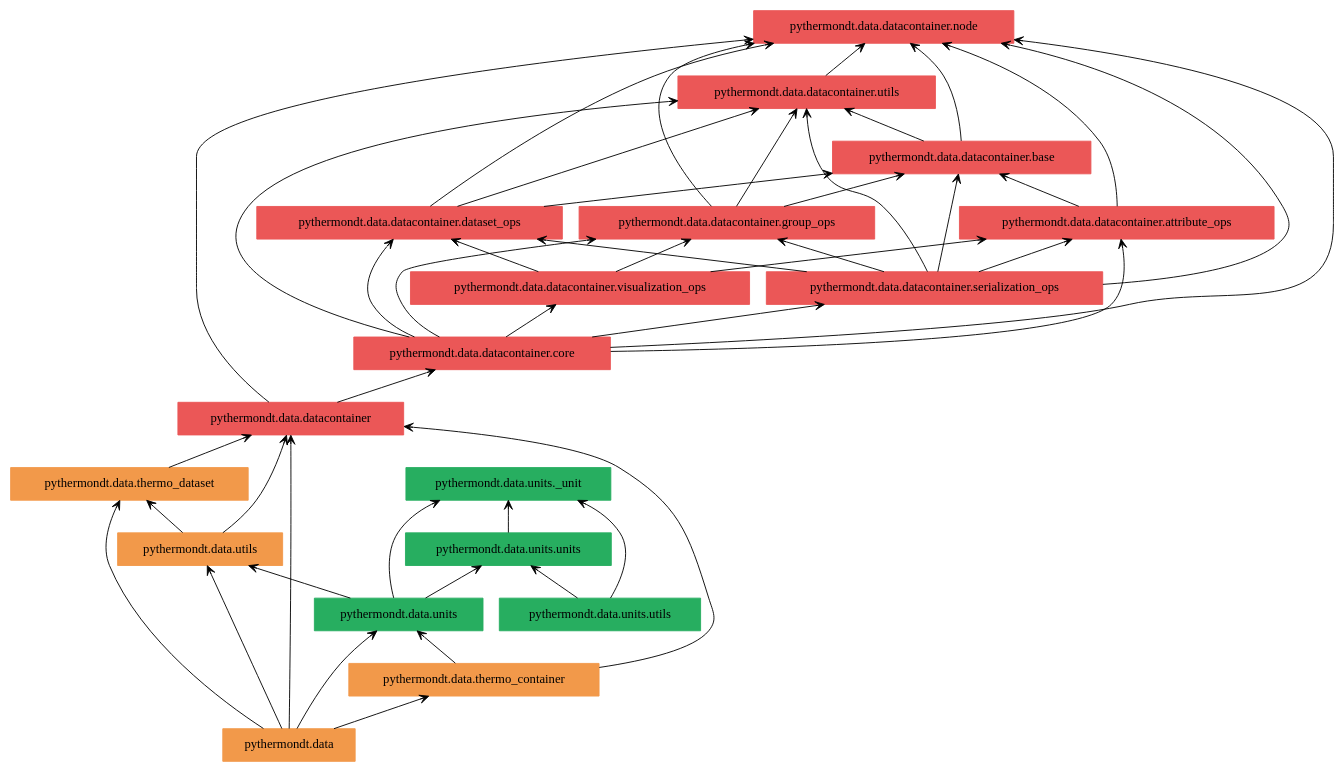
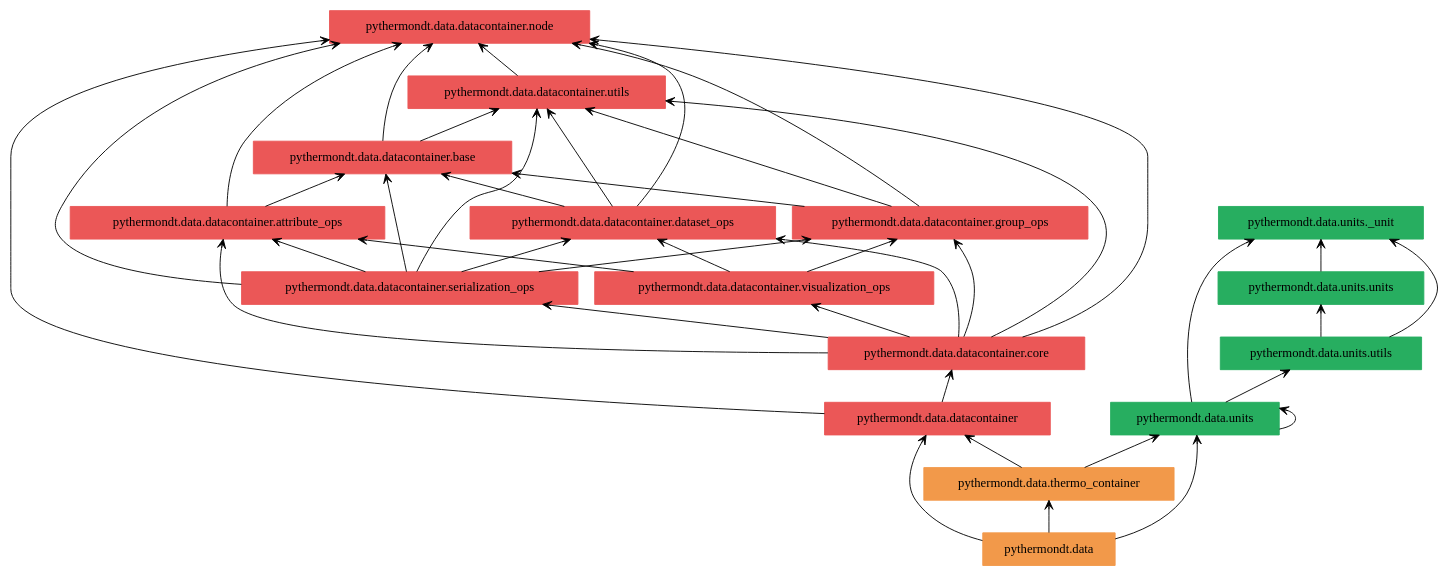
One commit to voidsy-gmbh/pyThermoNDT changed the diagram in docs/pyreverse/graphviz/packages_pythermondt.data.gv. Above: the diagram before and after it, drawn with Graphviz. The commit also changed 35 other files, not shown here.

```diff
--- a/docs/pyreverse/graphviz/packages_pythermondt.data.gv
+++ b/docs/pyreverse/graphviz/packages_pythermondt.data.gv
@@ -1,67 +1,60 @@
 digraph "packages_pythermondt.data" {
 rankdir=BT
 charset="utf-8"
 "pythermondt.data" [color="#F2994A", label=<pythermondt.data>, shape="box", style="filled"];
 "pythermondt.data.datacontainer" [color="#EB5757", label=<pythermondt.data.datacontainer>, shape="box", style="filled"];
 "pythermondt.data.datacontainer.attribute_ops" [color="#EB5757", label=<pythermondt.data.datacontainer.attribute_ops>, shape="box", style="filled"];
 "pythermondt.data.datacontainer.base" [color="#EB5757", label=<pythermondt.data.datacontainer.base>, shape="box", style="filled"];
 "pythermondt.data.datacontainer.core" [color="#EB5757", label=<pythermondt.data.datacontainer.core>, shape="box", style="filled"];
 "pythermondt.data.datacontainer.dataset_ops" [color="#EB5757", label=<pythermondt.data.datacontainer.dataset_ops>, shape="box", style="filled"];
 "pythermondt.data.datacontainer.group_ops" [color="#EB5757", label=<pythermondt.data.datacontainer.group_ops>, shape="box", style="filled"];
 "pythermondt.data.datacontainer.node" [color="#EB5757", label=<pythermondt.data.datacontainer.node>, shape="box", style="filled"];
 "pythermondt.data.datacontainer.serialization_ops" [color="#EB5757", label=<pythermondt.data.datacontainer.serialization_ops>, shape="box", style="filled"];
 "pythermondt.data.datacontainer.utils" [color="#EB5757", label=<pythermondt.data.datacontainer.utils>, shape="box", style="filled"];
 "pythermondt.data.datacontainer.visualization_ops" [color="#EB5757", label=<pythermondt.data.datacontainer.visualization_ops>, shape="box", style="filled"];
 "pythermondt.data.thermo_container" [color="#F2994A", label=<pythermondt.data.thermo_container>, shape="box", style="filled"];
-"pythermondt.data.thermo_dataset" [color="#F2994A", label=<pythermondt.data.thermo_dataset>, shape="box", style="filled"];
 "pythermondt.data.units" [color="#27AE60", label=<pythermondt.data.units>, shape="box", style="filled"];
 "pythermondt.data.units._unit" [color="#27AE60", label=<pythermondt.data.units._unit>, shape="box", style="filled"];
 "pythermondt.data.units.units" [color="#27AE60", label=<pythermondt.data.units.units>, shape="box", style="filled"];
 "pythermondt.data.units.utils" [color="#27AE60", label=<pythermondt.data.units.utils>, shape="box", style="filled"];
-"pythermondt.data.utils" [color="#F2994A", label=<pythermondt.data.utils>, shape="box", style="filled"];
 "pythermondt.data" -> "pythermondt.data.datacontainer" [arrowhead="open", arrowtail="none"];
 "pythermondt.data" -> "pythermondt.data.thermo_container" [arrowhead="open", arrowtail="none"];
-"pythermondt.data" -> "pythermondt.data.thermo_dataset" [arrowhead="open", arrowtail="none"];
 "pythermondt.data" -> "pythermondt.data.units" [arrowhead="open", arrowtail="none"];
-"pythermondt.data" -> "pythermondt.data.utils" [arrowhead="open", arrowtail="none"];
 "pythermondt.data.datacontainer" -> "pythermondt.data.datacontainer.core" [arrowhead="open", arrowtail="none"];
 "pythermondt.data.datacontainer" -> "pythermondt.data.datacontainer.node" [arrowhead="open", arrowtail="none"];
 "pythermondt.data.datacontainer.attribute_ops" -> "pythermondt.data.datacontainer.base" [arrowhead="open", arrowtail="none"];
 "pythermondt.data.datacontainer.attribute_ops" -> "pythermondt.data.datacontainer.node" [arrowhead="open", arrowtail="none"];
 "pythermondt.data.datacontainer.base" -> "pythermondt.data.datacontainer.node" [arrowhead="open", arrowtail="none"];
 "pythermondt.data.datacontainer.base" -> "pythermondt.data.datacontainer.utils" [arrowhead="open", arrowtail="none"];
 "pythermondt.data.datacontainer.core" -> "pythermondt.data.datacontainer.attribute_ops" [arrowhead="open", arrowtail="none"];
 "pythermondt.data.datacontainer.core" -> "pythermondt.data.datacontainer.dataset_ops" [arrowhead="open", arrowtail="none"];
 "pythermondt.data.datacontainer.core" -> "pythermondt.data.datacontainer.group_ops" [arrowhead="open", arrowtail="none"];
 "pythermondt.data.datacontainer.core" -> "pythermondt.data.datacontainer.node" [arrowhead="open", arrowtail="none"];
 "pythermondt.data.datacontainer.core" -> "pythermondt.data.datacontainer.serialization_ops" [arrowhead="open", arrowtail="none"];
 "pythermondt.data.datacontainer.core" -> "pythermondt.data.datacontainer.utils" [arrowhead="open", arrowtail="none"];
 "pythermondt.data.datacontainer.core" -> "pythermondt.data.datacontainer.visualization_ops" [arrowhead="open", arrowtail="none"];
 "pythermondt.data.datacontainer.dataset_ops" -> "pythermondt.data.datacontainer.base" [arrowhead="open", arrowtail="none"];
 "pythermondt.data.datacontainer.dataset_ops" -> "pythermondt.data.datacontainer.node" [arrowhead="open", arrowtail="none"];
 "pythermondt.data.datacontainer.dataset_ops" -> "pythermondt.data.datacontainer.utils" [arrowhead="open", arrowtail="none"];
 "pythermondt.data.datacontainer.group_ops" -> "pythermondt.data.datacontainer.base" [arrowhead="open", arrowtail="none"];
 "pythermondt.data.datacontainer.group_ops" -> "pythermondt.data.datacontainer.node" [arrowhead="open", arrowtail="none"];
 "pythermondt.data.datacontainer.group_ops" -> "pythermondt.data.datacontainer.utils" [arrowhead="open", arrowtail="none"];
 "pythermondt.data.datacontainer.serialization_ops" -> "pythermondt.data.datacontainer.attribute_ops" [arrowhead="open", arrowtail="none"];
 "pythermondt.data.datacontainer.serialization_ops" -> "pythermondt.data.datacontainer.base" [arrowhead="open", arrowtail="none"];
 "pythermondt.data.datacontainer.serialization_ops" -> "pythermondt.data.datacontainer.dataset_ops" [arrowhead="open", arrowtail="none"];
 "pythermondt.data.datacontainer.serialization_ops" -> "pythermondt.data.datacontainer.group_ops" [arrowhead="open", arrowtail="none"];
 "pythermondt.data.datacontainer.serialization_ops" -> "pythermondt.data.datacontainer.node" [arrowhead="open", arrowtail="none"];
 "pythermondt.data.datacontainer.serialization_ops" -> "pythermondt.data.datacontainer.utils" [arrowhead="open", arrowtail="none"];
 "pythermondt.data.datacontainer.utils" -> "pythermondt.data.datacontainer.node" [arrowhead="open", arrowtail="none"];
 "pythermondt.data.datacontainer.visualization_ops" -> "pythermondt.data.datacontainer.attribute_ops" [arrowhead="open", arrowtail="none"];
 "pythermondt.data.datacontainer.visualization_ops" -> "pythermondt.data.datacontainer.dataset_ops" [arrowhead="open", arrowtail="none"];
 "pythermondt.data.datacontainer.visualization_ops" -> "pythermondt.data.datacontainer.group_ops" [arrowhead="open", arrowtail="none"];
 "pythermondt.data.thermo_container" -> "pythermondt.data.datacontainer" [arrowhead="open", arrowtail="none"];
 "pythermondt.data.thermo_container" -> "pythermondt.data.units" [arrowhead="open", arrowtail="none"];
-"pythermondt.data.thermo_dataset" -> "pythermondt.data.datacontainer" [arrowhead="open", arrowtail="none"];
+"pythermondt.data.units" -> "pythermondt.data.units" [arrowhead="open", arrowtail="none"];
 "pythermondt.data.units" -> "pythermondt.data.units._unit" [arrowhead="open", arrowtail="none"];
-"pythermondt.data.units" -> "pythermondt.data.units.units" [arrowhead="open", arrowtail="none"];
-"pythermondt.data.units" -> "pythermondt.data.utils" [arrowhead="open", arrowtail="none"];
+"pythermondt.data.units" -> "pythermondt.data.units.utils" [arrowhead="open", arrowtail="none"];
 "pythermondt.data.units.units" -> "pythermondt.data.units._unit" [arrowhead="open", arrowtail="none"];
 "pythermondt.data.units.utils" -> "pythermondt.data.units._unit" [arrowhead="open", arrowtail="none"];
 "pythermondt.data.units.utils" -> "pythermondt.data.units.units" [arrowhead="open", arrowtail="none"];
-"pythermondt.data.utils" -> "pythermondt.data.datacontainer" [arrowhead="open", arrowtail="none"];
-"pythermondt.data.utils" -> "pythermondt.data.thermo_dataset" [arrowhead="open", arrowtail="none"];
 }
```
